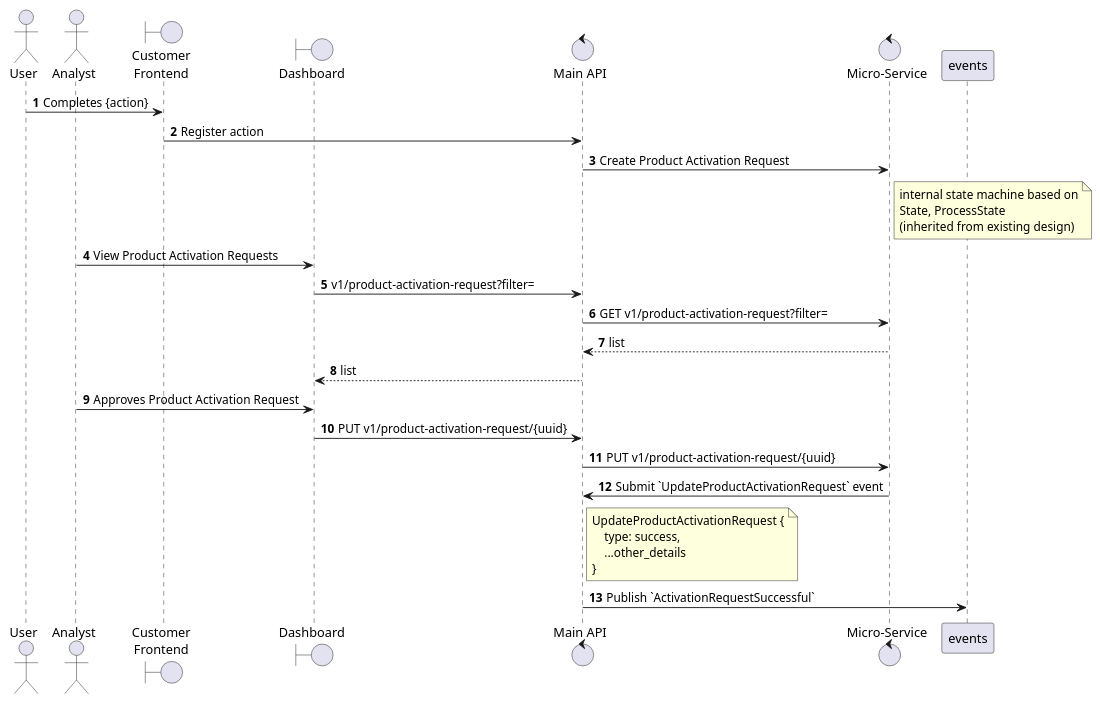
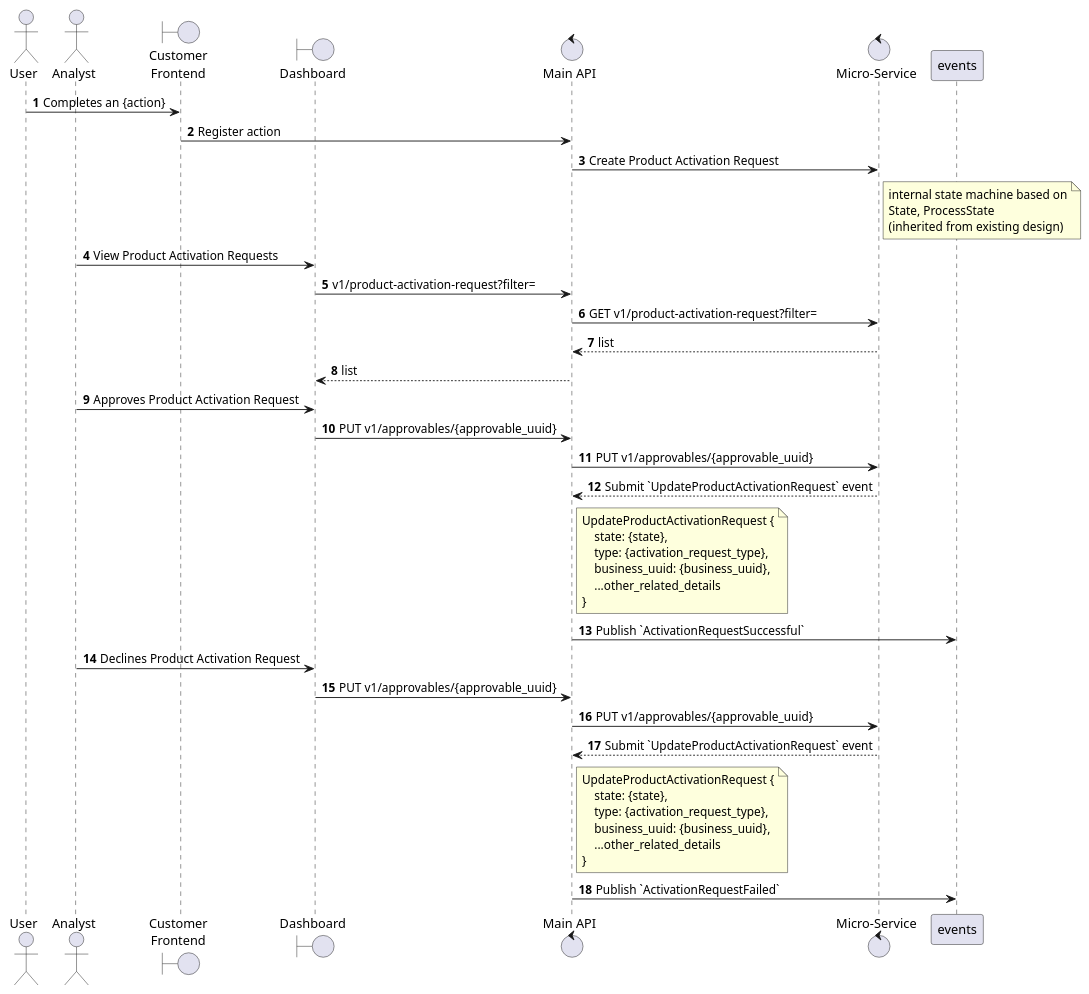
The diagram in product_activation_request_case_study.md (sanjeevmalagi1/interview-prep-notes), drawn with PlantUML before and after one commit. The commit also changed other lines of this file and 13 other files, not shown here.

````diff
--- a/product_activation_request_case_study.md
+++ b/product_activation_request_case_study.md
@@ -16,44 +26,61 @@
 ```UML
 @startuml
 Actor user as "User"
 Actor analyst as "Analyst"
 
 Boundary app as "Customer\nFrontend"
 Boundary dash as "Dashboard"
 
 Control api as "Main API"
 Control service as "Micro-Service"
 
 autonumber
-user -> app: Completes {action}
+user -> app: Completes an {action}
 app -> api: Register action
 
 
 api -> service: Create Product Activation Request
 note right service
 internal state machine based on
 State, ProcessState
 (inherited from existing design)
 end note
 
 analyst -> dash: View Product Activation Requests
 dash -> api: v1/product-activation-request?filter=
 api -> service: GET v1/product-activation-request?filter=
 service --> api: list
 api --> dash: list
 
 analyst -> dash: Approves Product Activation Request
-dash -> api: PUT v1/product-activation-request/{uuid}
-api -> service: PUT v1/product-activation-request/{uuid}
+dash -> api: PUT v1/approvables/{approvable_uuid}
+api -> service: PUT v1/approvables/{approvable_uuid}
 
-service -> api: Submit `UpdateProductActivationRequest` event
+service --> api: Submit `UpdateProductActivationRequest` event
 note right api
     UpdateProductActivationRequest {
-        type: success,
-        ...other_details
+        state: {state},
+        type: {activation_request_type},
+        business_uuid: {business_uuid},
+        ...other_related_details
     }
 end note
 api -> events: Publish `ActivationRequestSuccessful`
 
+analyst -> dash: Declines Product Activation Request
+dash -> api: PUT v1/approvables/{approvable_uuid}
+api -> service: PUT v1/approvables/{approvable_uuid}
+
+service --> api: Submit `UpdateProductActivationRequest` event
+note right api
+    UpdateProductActivationRequest {
+        state: {state},
+        type: {activation_request_type},
+        business_uuid: {business_uuid},
+        ...other_related_details
+    }
+end note
+api -> events: Publish `ActivationRequestFailed`
+
 @enduml
 ```
````
